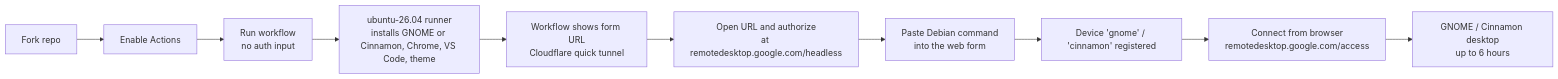
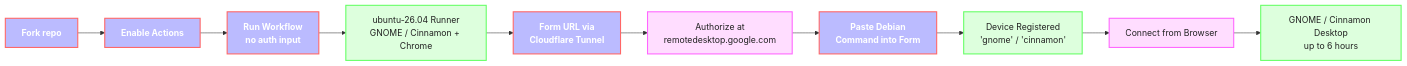
Before and after one commit to ArchDityaa/gnome-crd: the diagram in README.en.md, drawn with Mermaid. The commit also changed other lines of this file and 1 other file, not shown here.

````diff
--- a/README.en.md
+++ b/README.en.md
@@ -28,12 +47,17 @@
 ```mermaid
 flowchart LR
-  A[Fork repo] --> B[Enable Actions]
-  B --> C[Run workflow<br/>no auth input]
-  C --> D[ubuntu-26.04 runner<br/>installs GNOME or Cinnamon, Chrome, VS Code, theme]
-  D --> E[Workflow shows form URL<br/>Cloudflare quick tunnel]
-  E --> F[Open URL and authorize<br/>at remotedesktop.google.com/headless]
-  F --> G[Paste Debian command<br/>into the web form]
-  G --> H[Device 'gnome' / 'cinnamon' registered]
-  H --> I[Connect from browser<br/>remotedesktop.google.com/access]
-  I --> J[GNOME / Cinnamon desktop<br/>up to 6 hours]
+    classDef action fill:#bbf,stroke:#f66,stroke-width:2px,color:#fff,font-weight:bold;
+    classDef desktop fill:#dfd,stroke:#6f6,stroke-width:2px,color:#222;
+    classDef access fill:#fdf,stroke:#f6f,stroke-width:2px,color:#222;
+
+    A[Fork repo]:::action
+    A --> B[Enable Actions]:::action
+    B --> C[Run Workflow<br/>no auth input]:::action
+    C --> D[ubuntu-26.04 Runner<br/>GNOME / Cinnamon + Chrome]:::desktop
+    D --> E[Form URL via<br/>Cloudflare Tunnel]:::action
+    E --> F[Authorize at<br/>remotedesktop.google.com]:::access
+    F --> G[Paste Debian<br/>Command into Form]:::action
+    G --> H[Device Registered<br/>'gnome' / 'cinnamon']:::desktop
+    H --> I[Connect from Browser]:::access
+    I --> J[GNOME / Cinnamon Desktop<br/>up to 6 hours]:::desktop
 ```
````
